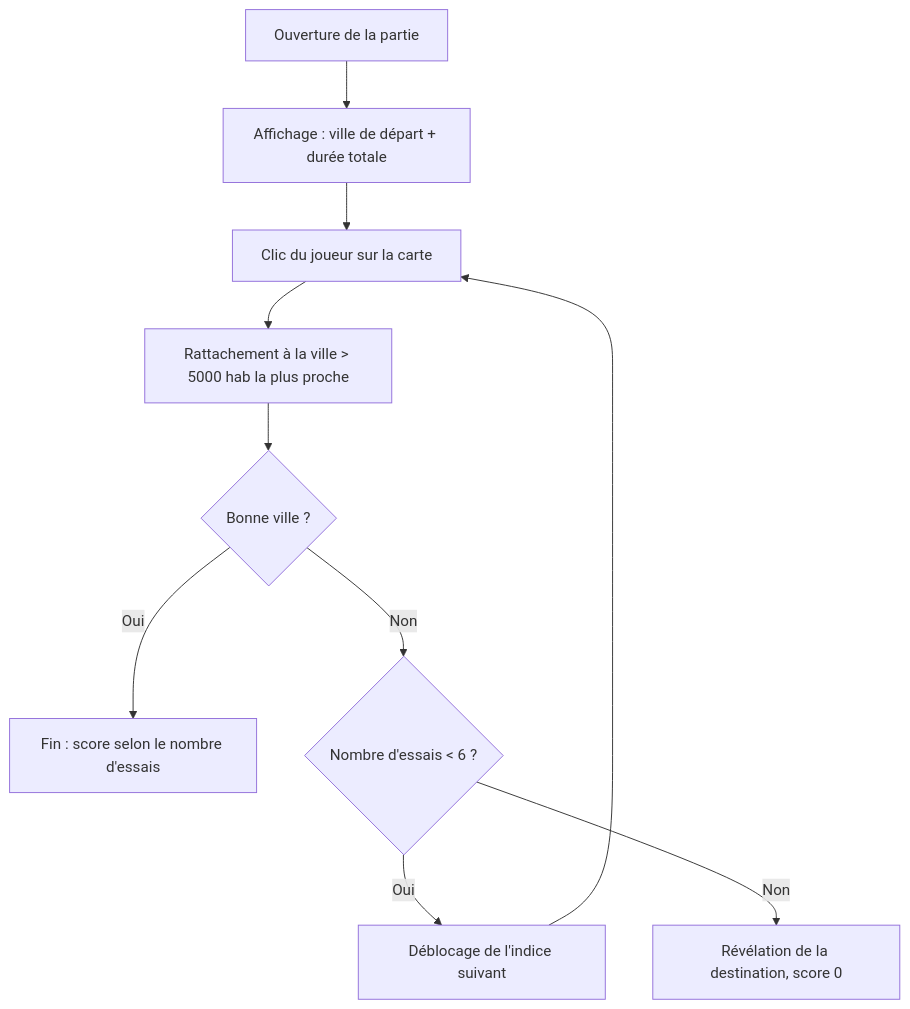
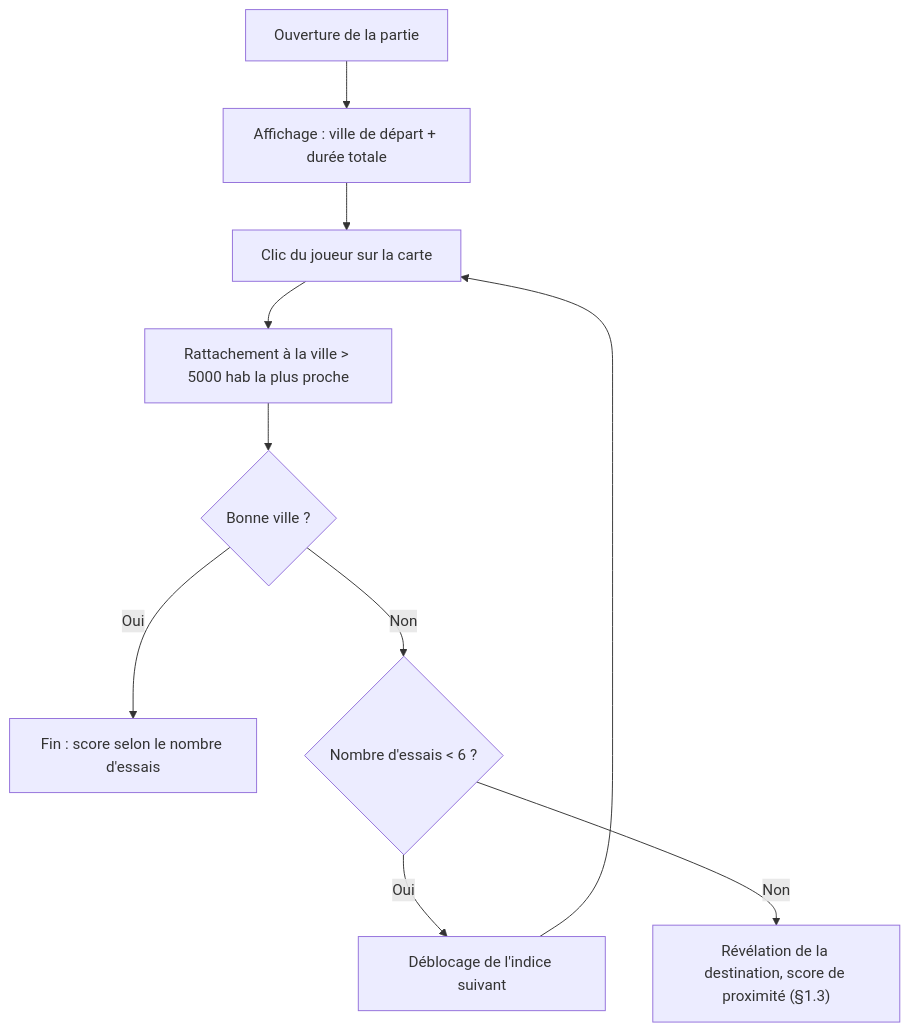
One commit to elrorolaz/destination-mystere changed the first of 2 diagrams in docs/SPECIFICATION.md. Above: the diagram before and after it, drawn with Mermaid. The commit also changed other lines of this file and 1 other file, not shown here.

First line of the commit message:
Règles v2 : distance au but après chaque clic, indices A→E, score de proximité

````diff
--- a/docs/SPECIFICATION.md
+++ b/docs/SPECIFICATION.md
@@ -52,12 +53,12 @@
 ```mermaid
 flowchart TD
   A["Ouverture de la partie"] --> B["Affichage : ville de départ + durée totale"]
   B --> C["Clic du joueur sur la carte"]
   C --> D["Rattachement à la ville > 5000 hab la plus proche"]
   D --> E{"Bonne ville ?"}
   E -- "Oui" --> F["Fin : score selon le nombre d'essais"]
   E -- "Non" --> G{"Nombre d'essais < 6 ?"}
   G -- "Oui" --> H["Déblocage de l'indice suivant"]
   H --> C
-  G -- "Non" --> I["Révélation de la destination, score 0"]
+  G -- "Non" --> I["Révélation de la destination, score de proximité (§1.3)"]
 ```
````
